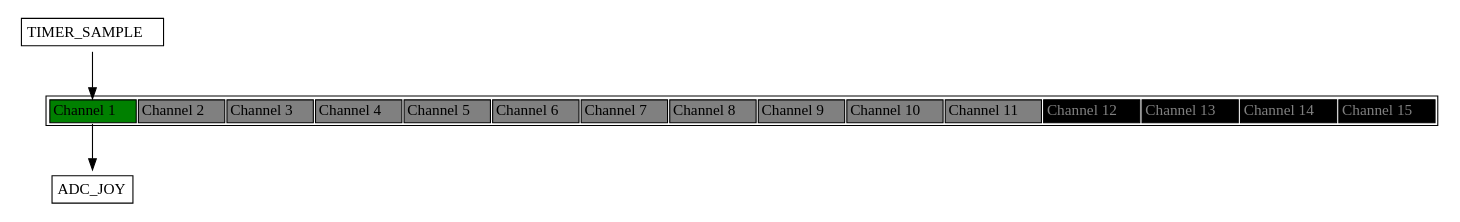
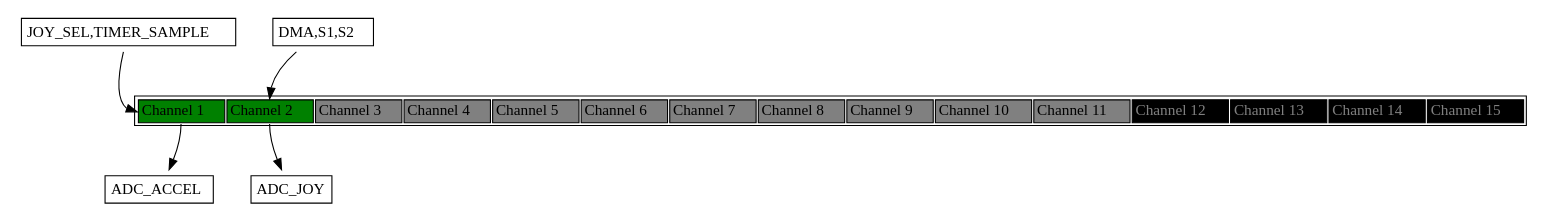
The diagram in Debug/syscfg/Event.dot (obsfeil/Motion_Music_Studio), drawn with Graphviz before and after one commit. The commit also changed 22 other files, not shown here.

```diff
--- a/Debug/syscfg/Event.dot
+++ b/Debug/syscfg/Event.dot
@@ -1,47 +1,64 @@
 
 
 digraph H {
 
   parent [
    shape=plaintext
    label=<
      <table border='1' cellborder='1'>
        <tr>
             <td bgcolor="green" port='chan_1'>Channel 1</td>
-            <td bgcolor="grey" port='chan_2'>Channel 2</td>
+            <td bgcolor="green" port='chan_2'>Channel 2</td>
             <td bgcolor="grey" port='chan_3'>Channel 3</td>
             <td bgcolor="grey" port='chan_4'>Channel 4</td>
             <td bgcolor="grey" port='chan_5'>Channel 5</td>
             <td bgcolor="grey" port='chan_6'>Channel 6</td>
             <td bgcolor="grey" port='chan_7'>Channel 7</td>
             <td bgcolor="grey" port='chan_8'>Channel 8</td>
             <td bgcolor="grey" port='chan_9'>Channel 9</td>
             <td bgcolor="grey" port='chan_10'>Channel 10</td>
             <td bgcolor="grey" port='chan_11'>Channel 11</td>
             <td bgcolor="black" port='chan_12'><font color="grey">Channel 12</font></td>
             <td bgcolor="black" port='chan_13'><font color="grey">Channel 13</font></td>
             <td bgcolor="black" port='chan_14'><font color="grey">Channel 14</font></td>
             <td bgcolor="black" port='chan_15'><font color="grey">Channel 15</font></td>
          </tr>
      </table>
   >];
 
 pub_chan_1 [
     shape=plaintext
     label=<
     <table border='1'  cellborder='0'>
-      <tr><td>TIMER_SAMPLE</td></tr>
+      <tr><td>JOY_SEL,TIMER_SAMPLE</td></tr>
     </table>
     >];
 pub_chan_1 -> parent: chan_1;
 
 sub_chan_1_0 [
   shape=plaintext
   label=<
     <table border='1'  cellborder='0'>
+      <tr><td>ADC_ACCEL</td></tr>
+    </table>
+  >];
+parent: chan_1 -> sub_chan_1_0;
+pub_chan_2 [
+    shape=plaintext
+    label=<
+    <table border='1'  cellborder='0'>
+      <tr><td>DMA,S1,S2</td></tr>
+    </table>
+    >];
+pub_chan_2 -> parent: chan_2;
+
+sub_chan_2_0 [
+  shape=plaintext
+  label=<
+    <table border='1'  cellborder='0'>
       <tr><td>ADC_JOY</td></tr>
     </table>
   >];
-parent: chan_1 -> sub_chan_1_0;
+parent: chan_2 -> sub_chan_2_0;
 
 }
```
